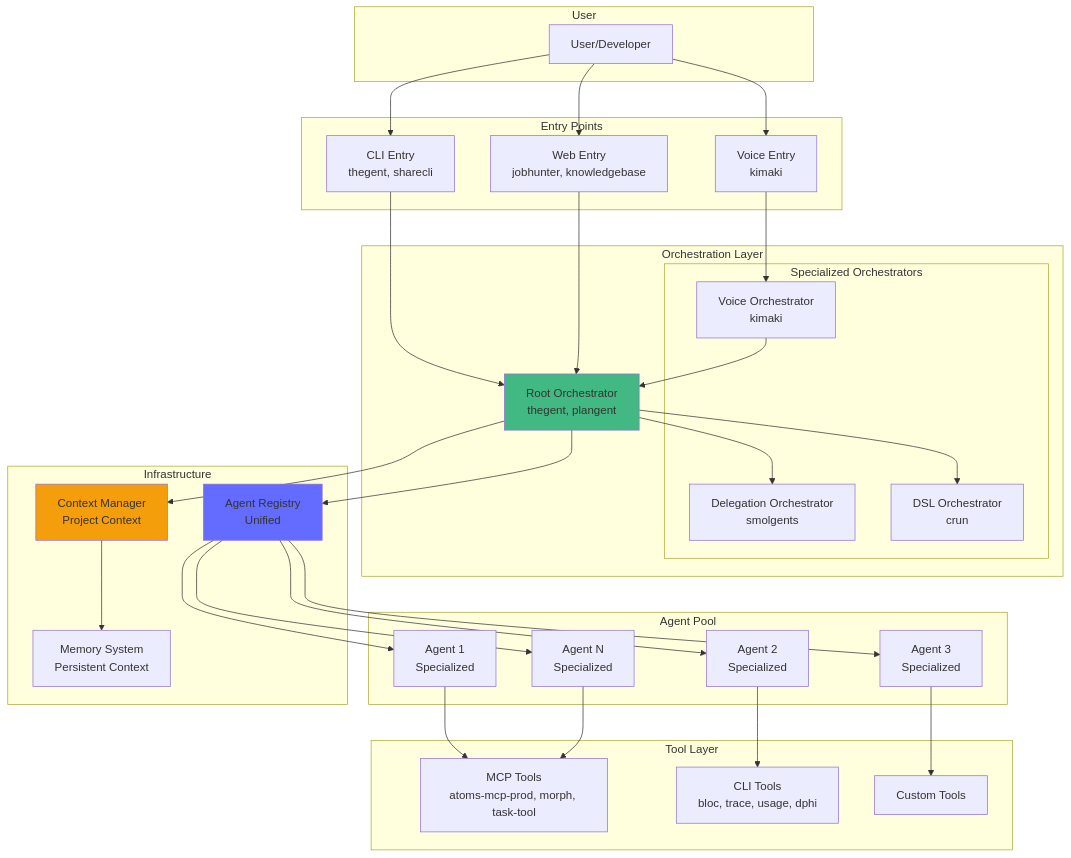
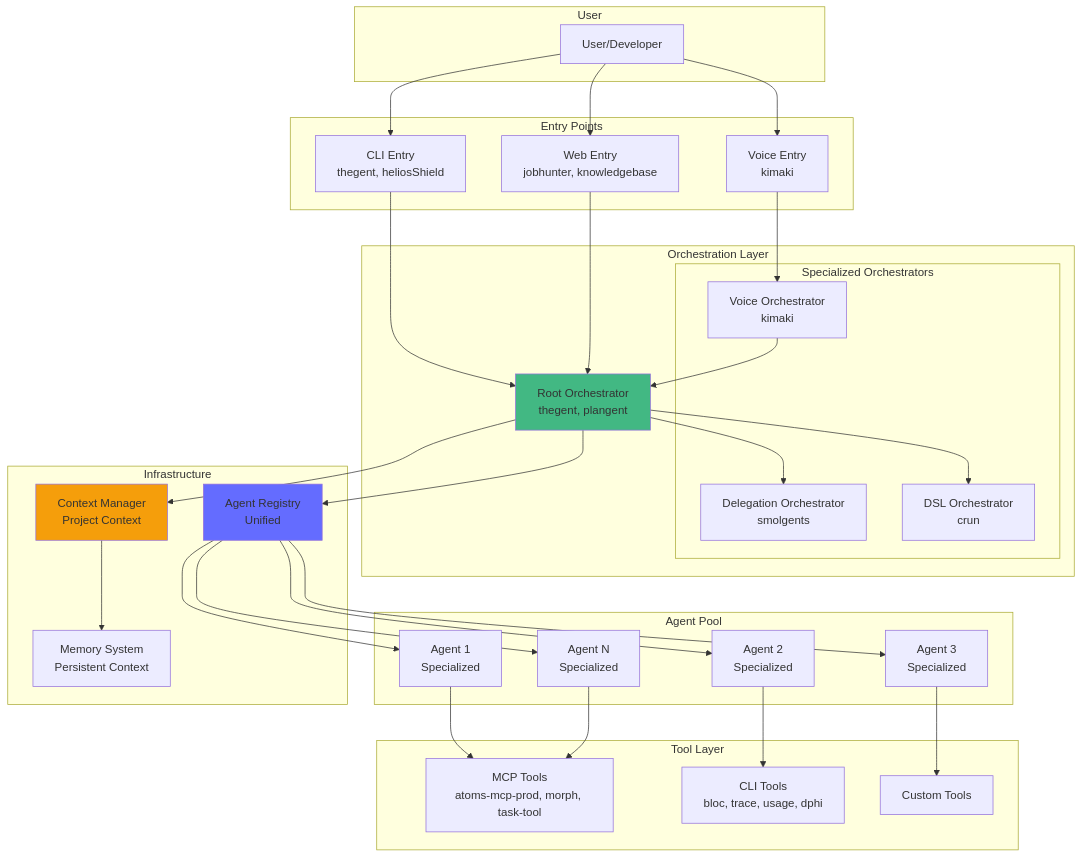
One commit to KooshaPari/thegent changed the third of 11 diagrams in docs/research/KUSH_ECOSYSTEM_ARCHITECTURE_DIAGRAM.md. Above: the diagram before and after it, drawn with Mermaid. The commit also changed other lines of this file and 5855 other files, not shown here.

````diff
--- a/docs/research/KUSH_ECOSYSTEM_ARCHITECTURE_DIAGRAM.md
+++ b/docs/research/KUSH_ECOSYSTEM_ARCHITECTURE_DIAGRAM.md
@@ -204,71 +204,71 @@
 ```mermaid
 graph TB
     subgraph "User"
         USER[User/Developer]
     end
 
     subgraph "Entry Points"
-        CLI_ENTRY[CLI Entry<br/>thegent, sharecli]
+        CLI_ENTRY[CLI Entry<br/>thegent, heliosShield]
         VOICE_ENTRY[Voice Entry<br/>kimaki]
         WEB_ENTRY[Web Entry<br/>jobhunter, knowledgebase]
     end
 
     subgraph "Orchestration Layer"
         ROOT_ORCH[Root Orchestrator<br/>thegent, plangent]
         
         subgraph "Specialized Orchestrators"
             VOICE_ORCH[Voice Orchestrator<br/>kimaki]
             DELEG_ORCH[Delegation Orchestrator<br/>smolgents]
             DSL_ORCH[DSL Orchestrator<br/>crun]
         end
     end
 
     subgraph "Agent Pool"
         AGENT1[Agent 1<br/>Specialized]
         AGENT2[Agent 2<br/>Specialized]
         AGENT3[Agent 3<br/>Specialized]
         AGENTN[Agent N<br/>Specialized]
     end
 
     subgraph "Tool Layer"
         MCP_TOOLS[MCP Tools<br/>atoms-mcp-prod, morph, task-tool]
         CLI_TOOLS[CLI Tools<br/>bloc, trace, usage, dphi]
         CUSTOM_TOOLS[Custom Tools]
     end
 
     subgraph "Infrastructure"
         REGISTRY[Agent Registry<br/>Unified]
         CONTEXT[Context Manager<br/>Project Context]
         MEMORY[Memory System<br/>Persistent Context]
     end
 
     USER --> CLI_ENTRY
     USER --> VOICE_ENTRY
     USER --> WEB_ENTRY
 
     CLI_ENTRY --> ROOT_ORCH
     VOICE_ENTRY --> VOICE_ORCH
     WEB_ENTRY --> ROOT_ORCH
 
     ROOT_ORCH --> DELEG_ORCH
     ROOT_ORCH --> DSL_ORCH
     VOICE_ORCH --> ROOT_ORCH
 
     ROOT_ORCH --> REGISTRY
     REGISTRY --> AGENT1
     REGISTRY --> AGENT2
     REGISTRY --> AGENT3
     REGISTRY --> AGENTN
 
     AGENT1 --> MCP_TOOLS
     AGENT2 --> CLI_TOOLS
     AGENT3 --> CUSTOM_TOOLS
     AGENTN --> MCP_TOOLS
 
     ROOT_ORCH --> CONTEXT
     CONTEXT --> MEMORY
 
     style ROOT_ORCH fill:#42b883
     style REGISTRY fill:#646cff
     style CONTEXT fill:#f59e0b
 ```
````
